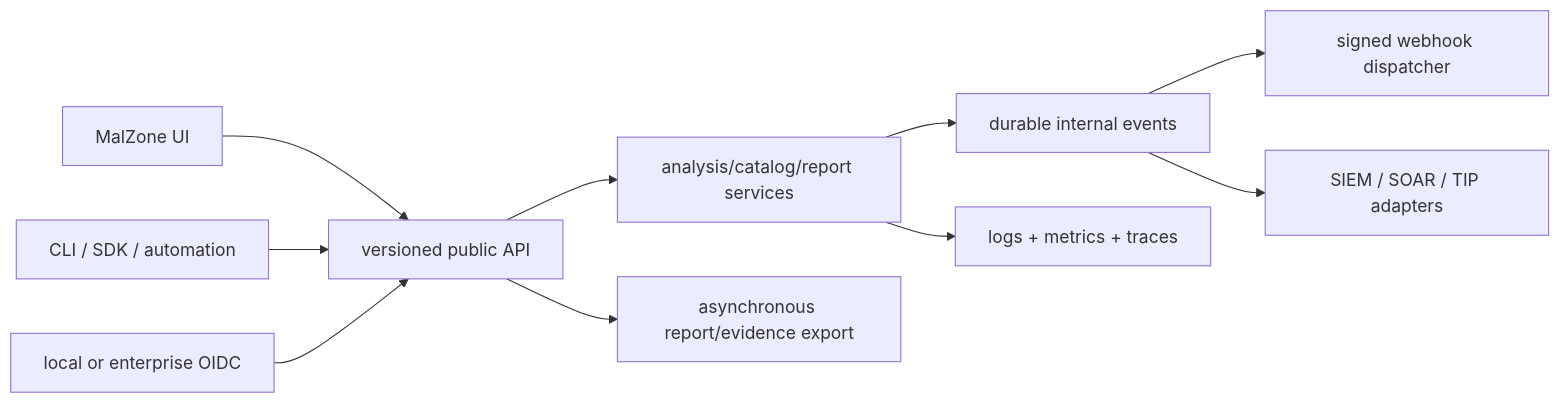
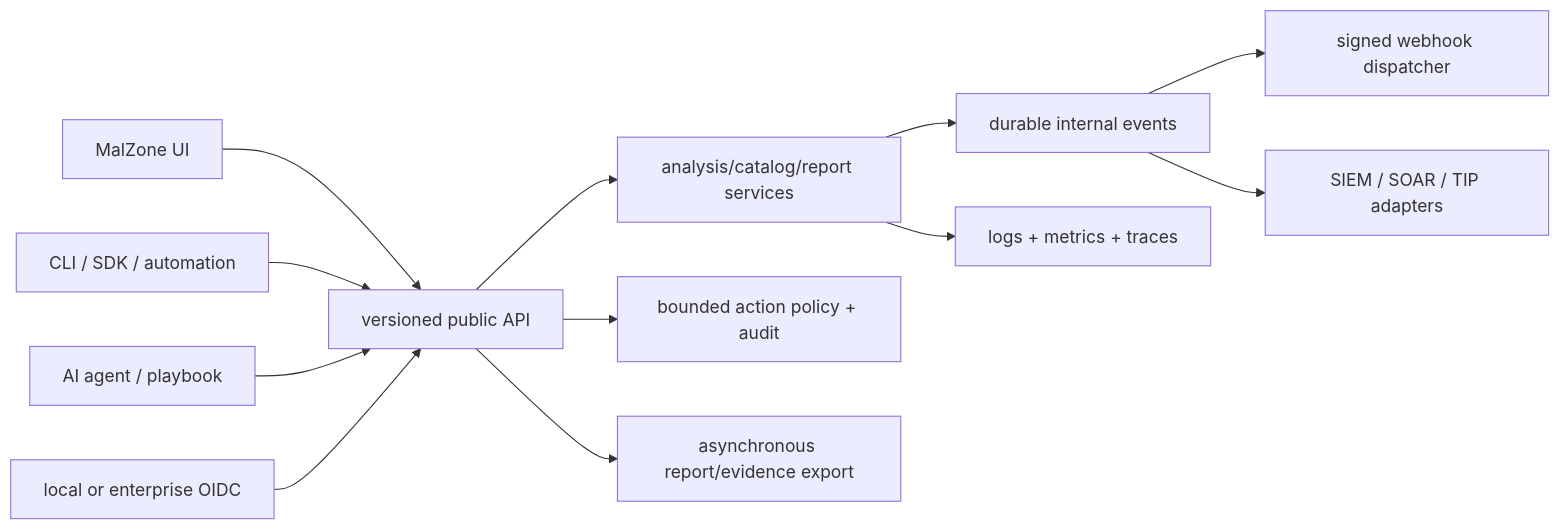
One commit to diaryfolio/MalZone changed the first of 2 diagrams in docs/design/high-level/10-overall/06-api-identity-observability-integrations.md. Above: the diagram before and after it, drawn with Mermaid. The commit also changed other lines of this file and 44 other files, not shown here.

````diff
--- a/docs/design/high-level/10-overall/06-api-identity-observability-integrations.md
+++ b/docs/design/high-level/10-overall/06-api-identity-observability-integrations.md
@@ -10,12 +10,14 @@
 ```mermaid
 flowchart LR
     UI["MalZone UI"] --> API["versioned public API"]
     Client["CLI / SDK / automation"] --> API
+    Agent["AI agent / playbook"] --> API
     SSO["local or enterprise OIDC"] --> API
     API --> Core["analysis/catalog/report services"]
     Core --> Events["durable internal events"]
     Events --> Webhook["signed webhook dispatcher"]
     Events --> Adapters["SIEM / SOAR / TIP adapters"]
+    API --> Actions["bounded action policy + audit"]
     Core --> OTel["logs + metrics + traces"]
     API --> Export["asynchronous report/evidence export"]
 ```
````
